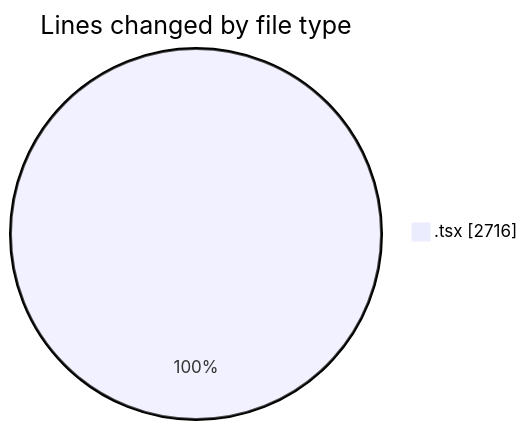
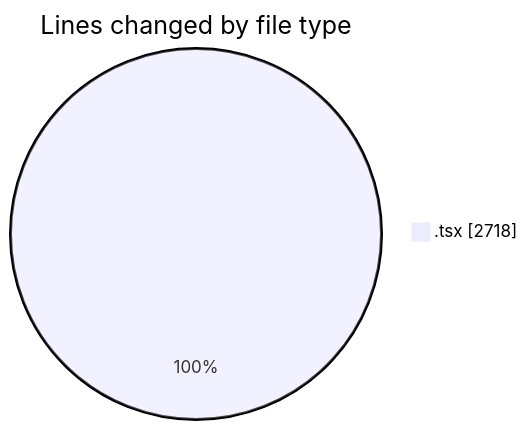
Before and after one commit to nxtqubesakshisongat/code-tracking: the first of 2 diagrams in 2026-06-25/nxtqube_webapp/README.md, drawn with Mermaid. The commit also changed other lines of this file and 1 other file, not shown here.

````diff
--- a/2026-06-25/nxtqube_webapp/README.md
+++ b/2026-06-25/nxtqube_webapp/README.md
@@ -21,5 +21,5 @@
 ```mermaid
 pie showData
 title Lines changed by file type
-".tsx" : 2716
+".tsx" : 2718
 ```
````
